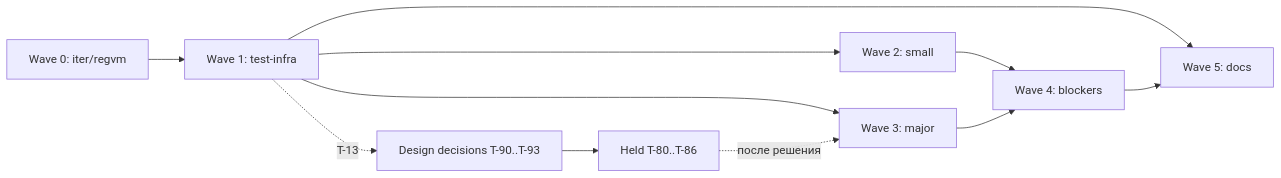
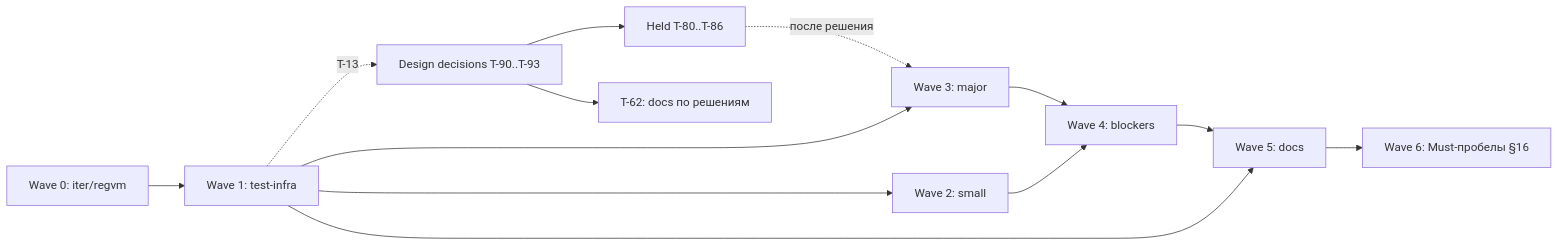
One commit to it1ro/brig-lang changed the diagram in TASKS.md. Above: the diagram before and after it, drawn with Mermaid. The commit also changed other lines of this file, not shown here.

First line of the commit message:
docs(tasks): add Wave 6 and held task blocks, sync statuses [T-63]

````diff
--- a/TASKS.md
+++ b/TASKS.md
@@ -25,13 +26,15 @@
 ```mermaid
 flowchart LR
   W0["Wave 0: iter/regvm"] --> W1["Wave 1: test-infra"]
   W1 --> W2["Wave 2: small"]
   W1 --> W3["Wave 3: major"]
   W2 --> W4["Wave 4: blockers"]
   W3 --> W4
   W1 --> W5["Wave 5: docs"]
   W4 --> W5
+  W5 --> W6["Wave 6: Must-пробелы §16"]
   W1 -.->|"T-13"| DD["Design decisions T-90..T-93"]
   DD --> Held["Held T-80..T-86"]
   Held -.->|"после решения"| W3
+  DD --> T62["T-62: docs по решениям"]
 ```
````
